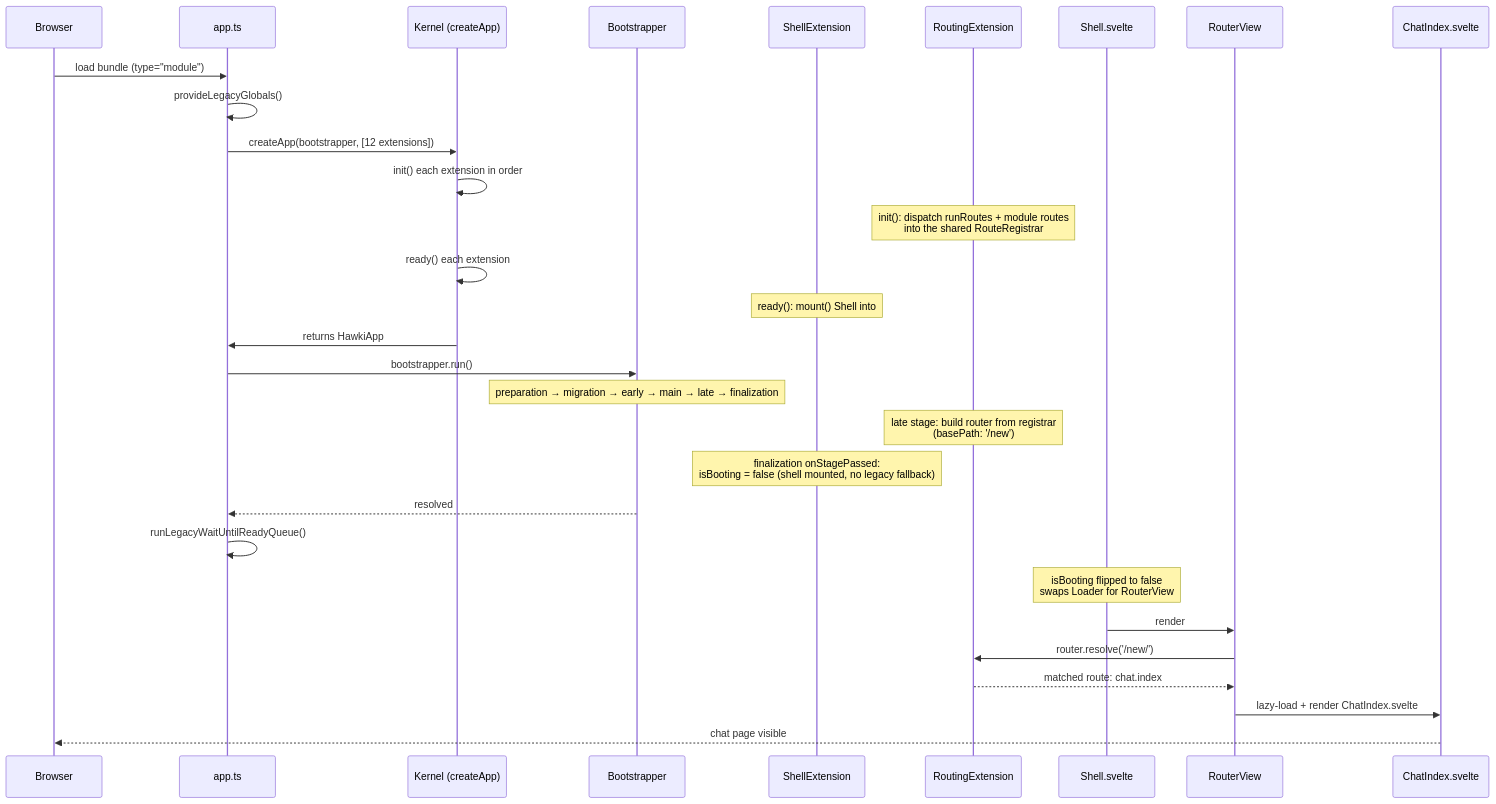
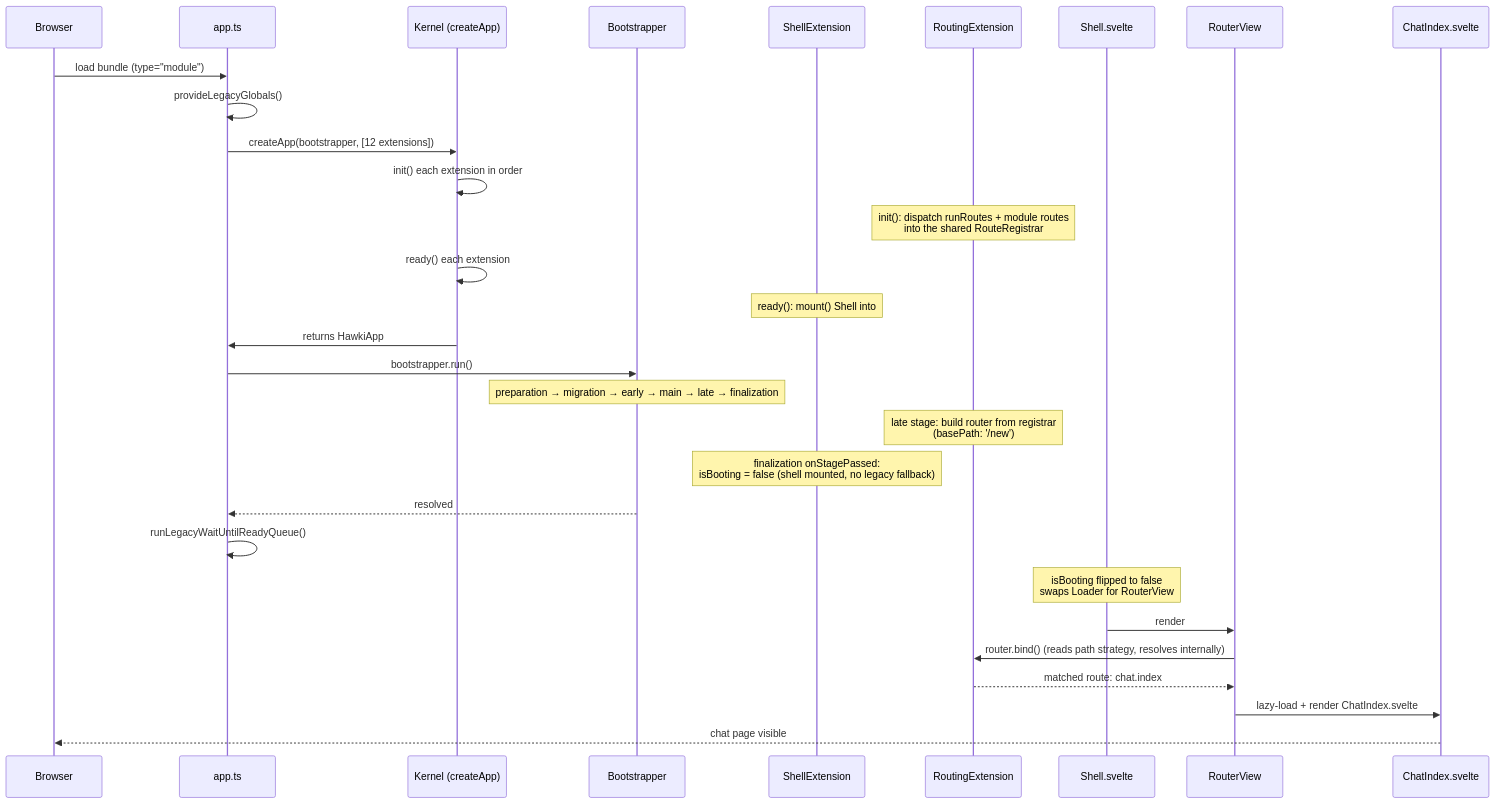
One commit to hawk-digital-environments/HAWKI changed the diagram in _documentation/600-Frontend/200-Concepts/120-App-and-Kernel/110-App-Startup.md. Above: the diagram before and after it, drawn with Mermaid. The commit also changed other lines of this file and 4 other files, not shown here.

````diff
--- a/_documentation/600-Frontend/200-Concepts/120-App-and-Kernel/110-App-Startup.md
+++ b/_documentation/600-Frontend/200-Concepts/120-App-and-Kernel/110-App-Startup.md
@@ -26,32 +26,32 @@
 ```mermaid
 sequenceDiagram
     participant B as Browser
     participant A as app.ts
     participant K as Kernel (createApp)
     participant BS as Bootstrapper
     participant SE as ShellExtension
     participant RE as RoutingExtension
     participant S as Shell.svelte
     participant RV as RouterView
     participant Page as ChatIndex.svelte
     B ->> A: load bundle (type="module")
     A ->> A: provideLegacyGlobals()
     A ->> K: createApp(bootstrapper, [12 extensions])
     K ->> K: init() each extension in order
     Note over RE: init(): dispatch runRoutes + module routes<br/>into the shared RouteRegistrar
     K ->> K: ready() each extension
     Note over SE: ready(): mount() Shell into#hawki-app<br/>(isBooting = true)
     K ->> A: returns HawkiApp
     A ->> BS: bootstrapper.run()
     Note over BS: preparation → migration → early → main → late → finalization
     Note over RE: late stage: build router from registrar<br/>(basePath: '/new')
     Note over SE: finalization onStagePassed:<br/>isBooting = false (shell mounted, no legacy fallback)
     BS -->> A: resolved
     A ->> A: runLegacyWaitUntilReadyQueue()
     Note over S: isBooting flipped to false<br/>swaps Loader for RouterView
     S ->> RV: render
-    RV ->> RE: router.resolve('/new/')
+    RV ->> RE: router.bind() (reads path strategy, resolves internally)
     RE -->> RV: matched route: chat.index
     RV ->> Page: lazy-load + render ChatIndex.svelte
     Page -->> B: chat page visible
 ```
````
